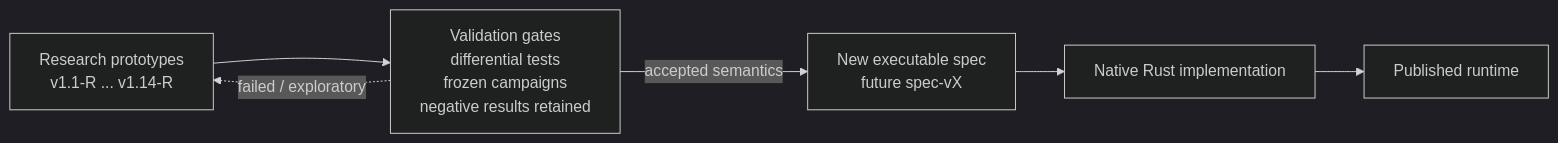
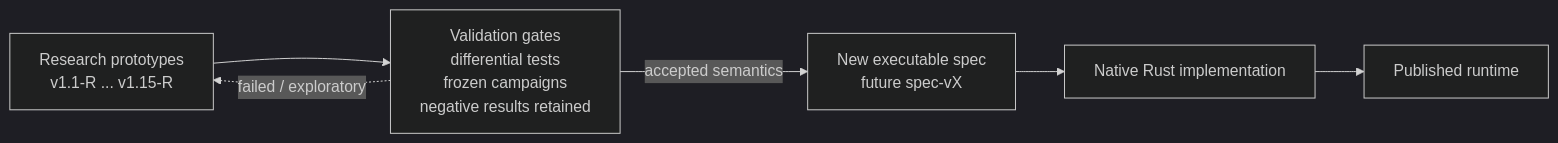
Before and after one commit to ordinaly/cortex: the second of 14 diagrams in docs/ARCHITECTURE.md, drawn with Mermaid (dark theme). The commit also changed other lines of this file, not shown here.

Commit message:
Advance architecture frontier to v1.15-R

````diff
--- a/docs/ARCHITECTURE.md
+++ b/docs/ARCHITECTURE.md
@@ -81,15 +81,15 @@
 ```mermaid
 flowchart LR
-    R["Research prototypes<br/>v1.1-R ... v1.14-R"]
+    R["Research prototypes<br/>v1.1-R ... v1.15-R"]
     G["Validation gates<br/>differential tests<br/>frozen campaigns<br/>negative results retained"]
     S["New executable spec<br/>future spec-vX"]
     N["Native Rust implementation"]
     P["Published runtime"]
 
     R --> G
     G -->|"accepted semantics"| S
     S --> N
     N --> P
 
     G -.->|"failed / exploratory"| R
 ```
````
